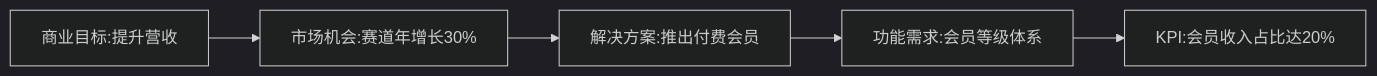
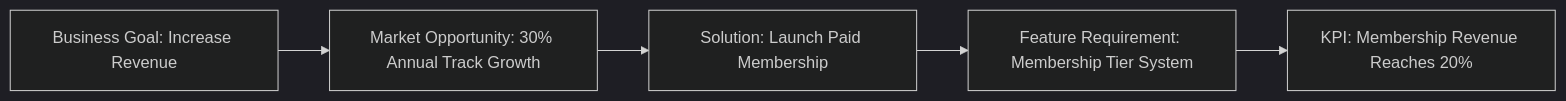
The ninth of 9 diagrams in templates/产品/战略层/【模板】商业需求文档.md (Kirky-X/cangjie), drawn with Mermaid (dark theme) before and after one commit. The commit also changed other lines of this file and 46 other files, not shown here.

````diff
--- a/templates/产品/战略层/【模板】商业需求文档.md
+++ b/templates/产品/战略层/【模板】商业需求文档.md
@@ -481,7 +481,7 @@
 ```mermaid
 flowchart LR
-    B1[商业目标:提升营收] --> M1[市场机会:赛道年增长30%]
-    M1 --> S1[解决方案:推出付费会员]
-    S1 --> F1[功能需求:会员等级体系]
-    F1 --> K1[KPI:会员收入占比达20%]
+    B1[Business Goal: Increase Revenue] --> M1[Market Opportunity: 30% Annual Track Growth]
+    M1 --> S1[Solution: Launch Paid Membership]
+    S1 --> F1[Feature Requirement: Membership Tier System]
+    F1 --> K1[KPI: Membership Revenue Reaches 20%]
 ```
````
